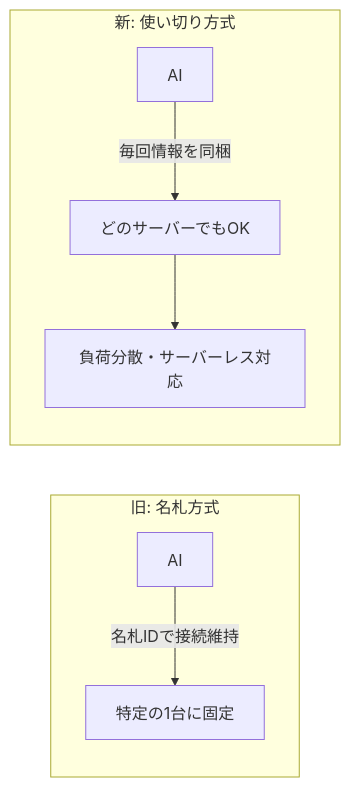
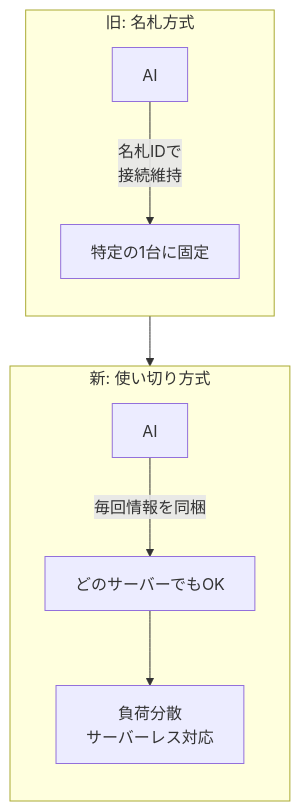
One commit to newbee1939/knowledge-flow changed the first of 5 diagrams in docs/blog/posts/2026-07-30.md. Above: the diagram before and after it, drawn with Mermaid. The commit also changed other lines of this file and 23 other files, not shown here.

First line of the commit message:
style: Mermaid 図を縦向きにして本文幅に収める

````diff
--- a/docs/blog/posts/2026-07-30.md
+++ b/docs/blog/posts/2026-07-30.md
@@ -13,10 +13,13 @@
 ```mermaid
-flowchart LR
-    subgraph 旧: 名札方式
-      A[AI] -- 名札IDで接続維持 --> B[特定の1台に固定]
+flowchart TD
+    subgraph old["旧: 名札方式"]
+      direction TB
+      A[AI] -- 名札IDで<br/>接続維持 --> B[特定の1台に固定]
     end
-    subgraph 新: 使い切り方式
+    subgraph new["新: 使い切り方式"]
+      direction TB
       C[AI] -- 毎回情報を同梱 --> D[どのサーバーでもOK]
-      D --> E[負荷分散・サーバーレス対応]
+      D --> E[負荷分散<br/>サーバーレス対応]
     end
+    old --> new
 ```
````
